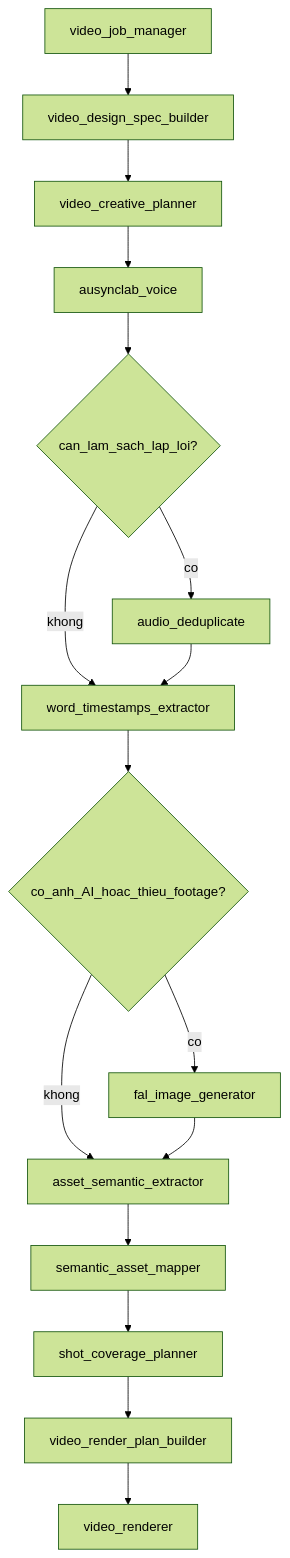
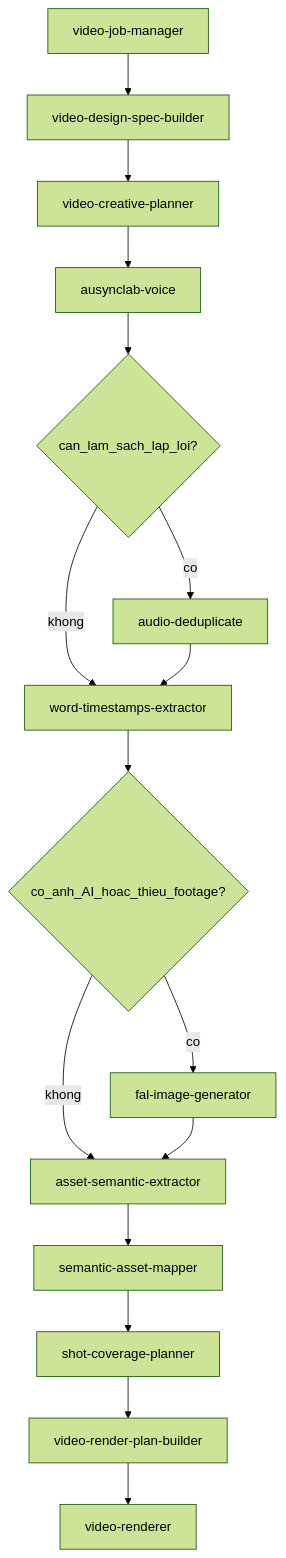
One commit to bachdyon/docs changed the first of 3 diagrams in architecture.mdx. Above: the diagram before and after it, drawn with Mermaid (forest theme). The commit also changed other lines of this file and 36 other files, not shown here.

````diff
--- a/architecture.mdx
+++ b/architecture.mdx
@@ -17,33 +17,33 @@
 ```mermaid
 flowchart TD
-  jobMgr[video_job_manager]
-  vds[video_design_spec_builder]
-  plan[video_creative_planner]
-  voice[ausynclab_voice]
+  jobMgr[video-job-manager]
+  vds[video-design-spec-builder]
+  plan[video-creative-planner]
+  voice[ausynclab-voice]
   dedupeGate{can_lam_sach_lap_loi?}
-  dedupe[audio_deduplicate]
-  timing[word_timestamps_extractor]
+  dedupe[audio-deduplicate]
+  timing[word-timestamps-extractor]
   branchNhaHinh{co_anh_AI_hoac_thieu_footage?}
-  fal[fal_image_generator]
-  index[asset_semantic_extractor]
-  mapper[semantic_asset_mapper]
-  coverage[shot_coverage_planner]
-  rplan[video_render_plan_builder]
-  render[video_renderer]
+  fal[fal-image-generator]
+  index[asset-semantic-extractor]
+  mapper[semantic-asset-mapper]
+  coverage[shot-coverage-planner]
+  rplan[video-render-plan-builder]
+  render[video-renderer]
 
   jobMgr --> vds
   vds --> plan
   plan --> voice
   voice --> dedupeGate
   dedupeGate -->|co| dedupe
   dedupeGate -->|khong| timing
   dedupe --> timing
   timing --> branchNhaHinh
   branchNhaHinh -->|co| fal
   branchNhaHinh -->|khong| index
   fal --> index
   index --> mapper
   mapper --> coverage
   coverage --> rplan
   rplan --> render
 ```
````
